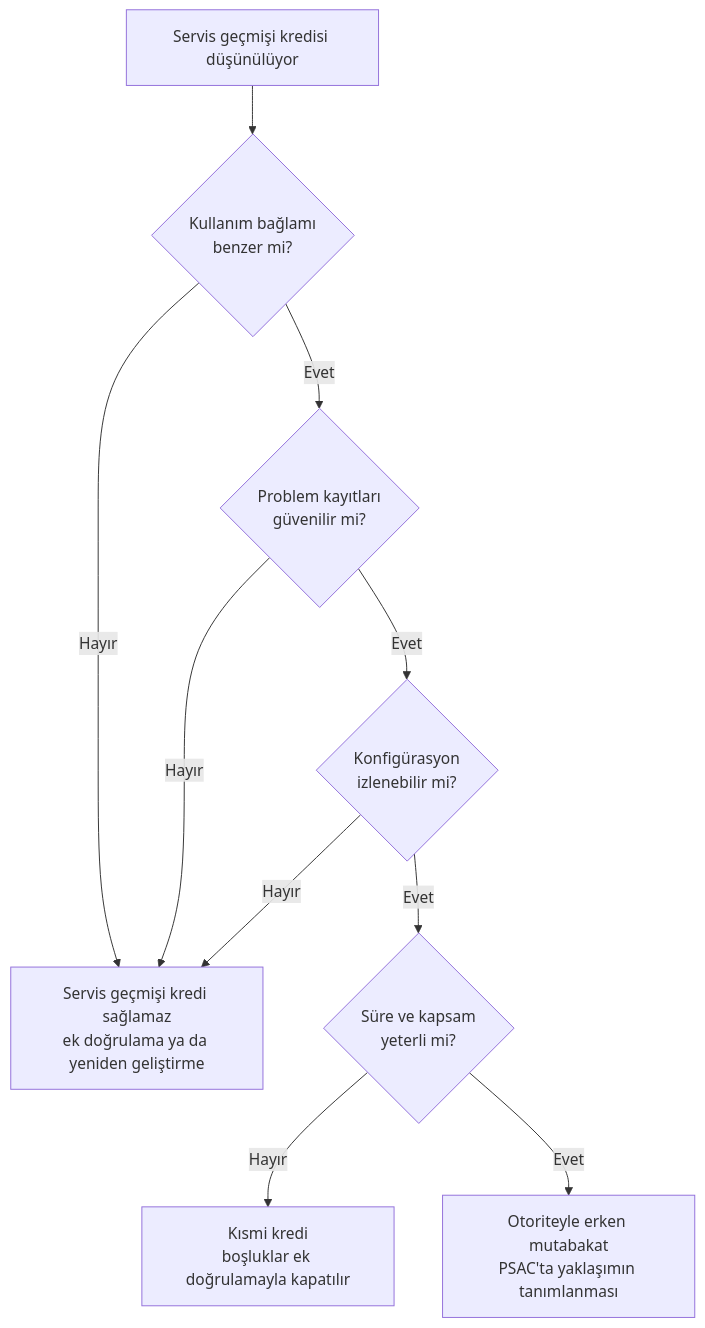
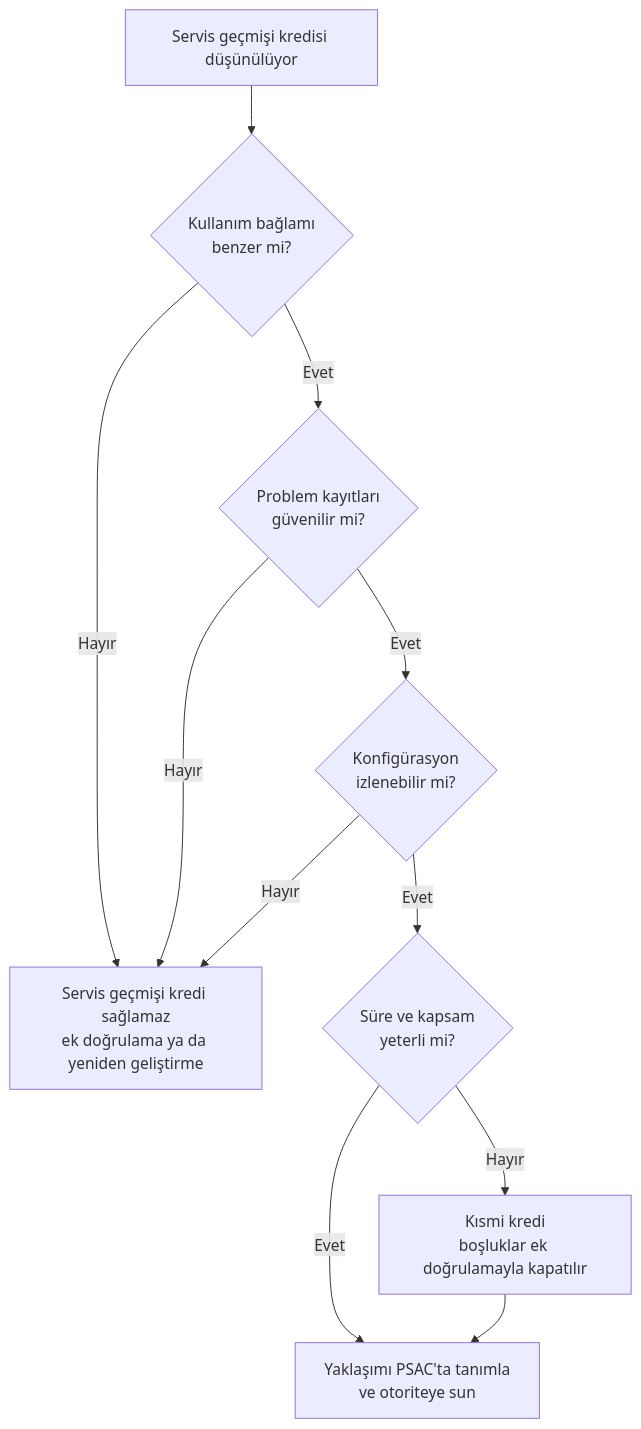
The diagram in kitap/06-ekler/04-ek-d-servis-gecmisi-sorulari.md (Mavrikant/aviyonikyazilim), drawn with Mermaid before and after one commit. The commit also changed other lines of this file and 35 other files, not shown here.

````diff
--- a/kitap/06-ekler/04-ek-d-servis-gecmisi-sorulari.md
+++ b/kitap/06-ekler/04-ek-d-servis-gecmisi-sorulari.md
@@ -23,12 +34,13 @@
 ```mermaid
 flowchart TD
-    A[Servis geçmişi kredisi düşünülüyor] --> B{Kullanım bağlamı<br/>benzer mi?}
-    B -- Hayır --> X[Servis geçmişi kredi sağlamaz<br/>ek doğrulama ya da yeniden geliştirme]
-    B -- Evet --> C{Problem kayıtları<br/>güvenilir mi?}
-    C -- Hayır --> X
-    C -- Evet --> D{Konfigürasyon<br/>izlenebilir mi?}
-    D -- Hayır --> X
-    D -- Evet --> E{Süre ve kapsam<br/>yeterli mi?}
-    E -- Hayır --> Y[Kısmi kredi<br/>boşluklar ek doğrulamayla kapatılır]
-    E -- Evet --> Z[Otoriteyle erken mutabakat<br/>PSAC'ta yaklaşımın tanımlanması]
+    A["Servis geçmişi kredisi düşünülüyor"] --> B{"Kullanım bağlamı<br/>benzer mi?"}
+    B -- "Hayır" --> X["Servis geçmişi kredi sağlamaz<br/>ek doğrulama ya da yeniden geliştirme"]
+    B -- "Evet" --> C{"Problem kayıtları<br/>güvenilir mi?"}
+    C -- "Hayır" --> X
+    C -- "Evet" --> D{"Konfigürasyon<br/>izlenebilir mi?"}
+    D -- "Hayır" --> X
+    D -- "Evet" --> E{"Süre ve kapsam<br/>yeterli mi?"}
+    E -- "Hayır" --> Y["Kısmi kredi<br/>boşluklar ek doğrulamayla kapatılır"]
+    E -- "Evet" --> Z["Yaklaşımı PSAC'ta tanımla<br/>ve otoriteye sun"]
+    Y --> Z
 ```
````
